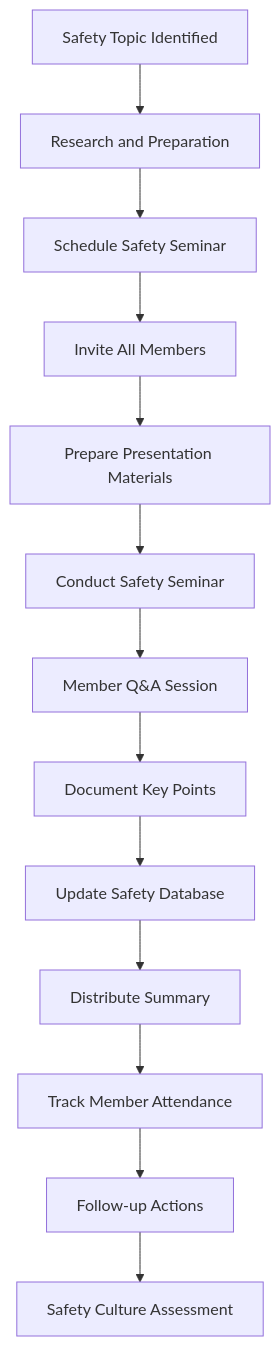
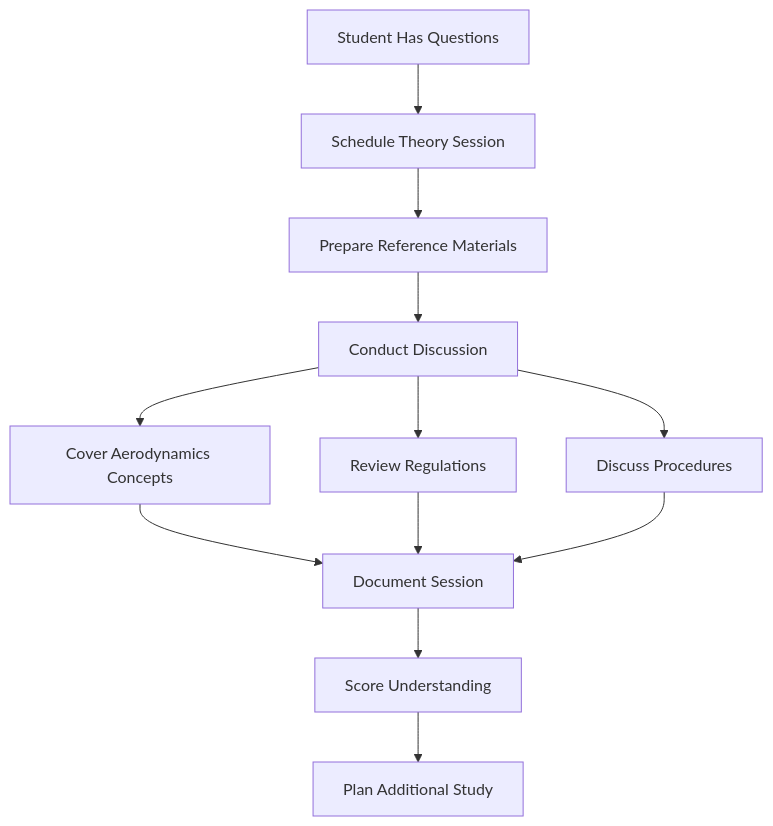
Before and after one commit to pietbarber/Manage2Soar: diagram 11 of 11 in docs/workflows/08-ground-instruction.md, drawn with Mermaid. The commit also changed other lines of this file and 2 other files, not shown here.

Commit message:
removed fibs about charging for instructon (ground and flight). Removed one ERD entry.

````diff
--- a/docs/workflows/08-ground-instruction.md
+++ b/docs/workflows/08-ground-instruction.md
@@ -355,17 +280,16 @@
 ```mermaid
 flowchart TD
-    A[Safety Topic Identified] --> B[Research and Preparation]
-    B --> C[Schedule Safety Seminar]
-    C --> D[Invite All Members]
-    D --> E[Prepare Presentation Materials]
+    A[Student Has Questions] --> B[Schedule Theory Session]
+    B --> C[Prepare Reference Materials]
+    C --> D[Conduct Discussion]
     
-    E --> F[Conduct Safety Seminar]
-    F --> G[Member Q&A Session]
-    G --> H[Document Key Points]
-    H --> I[Update Safety Database]
+    D --> E[Cover Aerodynamics Concepts]
+    D --> F[Review Regulations]
+    D --> G[Discuss Procedures]
     
-    I --> J[Distribute Summary]
-    J --> K[Track Member Attendance]
-    K --> L[Follow-up Actions]
-    L --> M[Safety Culture Assessment]
+    E --> H[Document Session]
+    F --> H
+    G --> H
+    H --> I[Score Understanding]
+    I --> J[Plan Additional Study]
 ```
````
